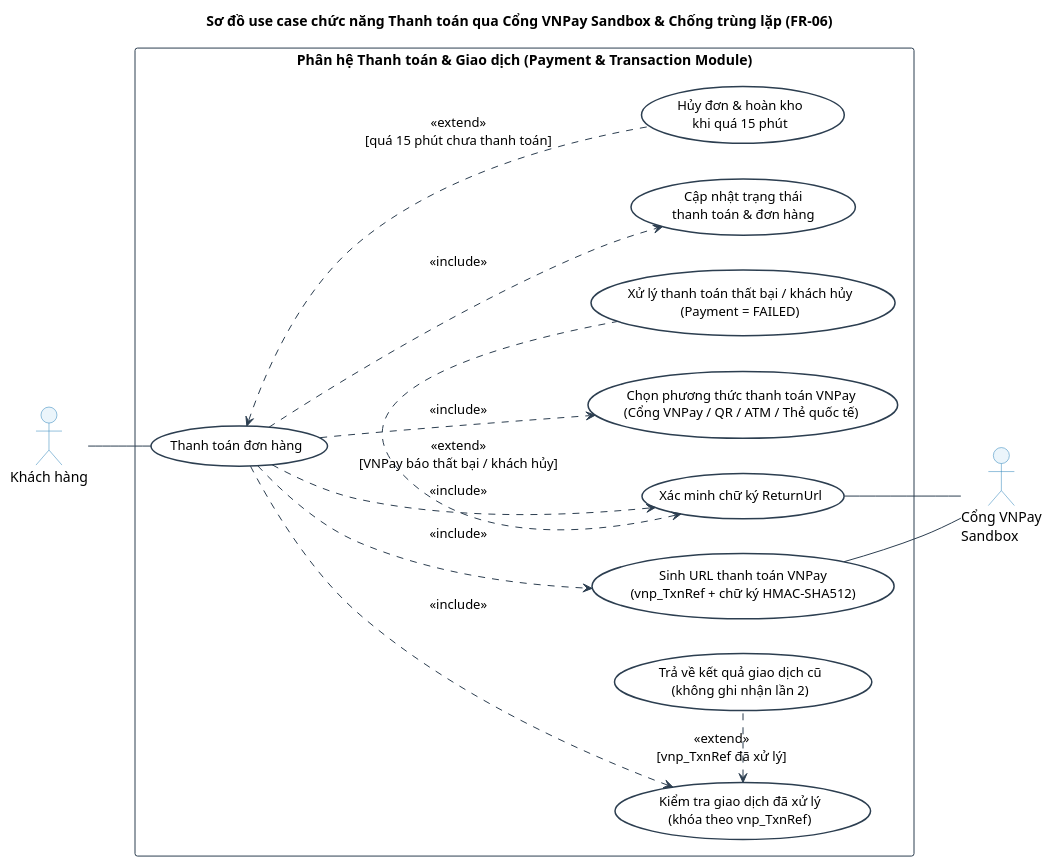
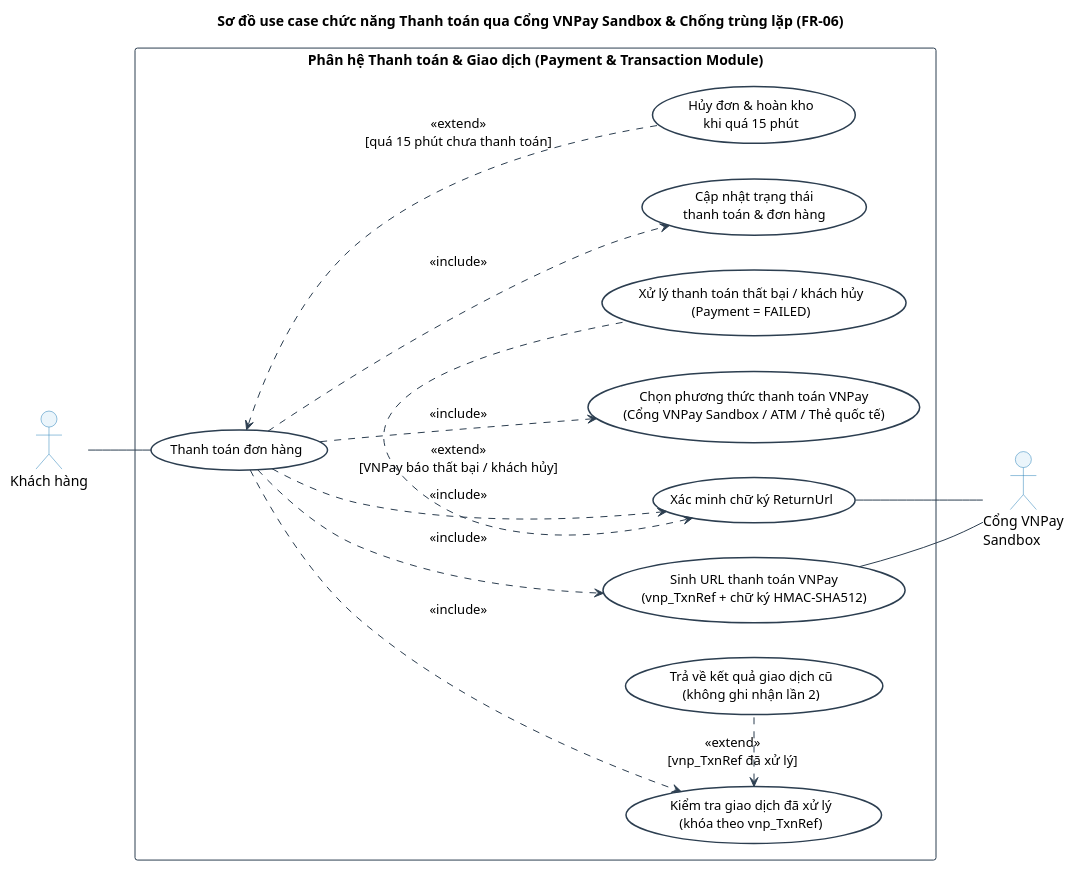
The diagram in docs/diagrams/payment/usecase-payment.puml (Phuc280106/BrewLite2), drawn with PlantUML before and after one commit. The commit also changed 5 other files, not shown here.

Commit message:
docs(diagrams): cap nhat usecase va sequence cho cac phan he theo gop y review

```diff
--- a/docs/diagrams/payment/usecase-payment.puml
+++ b/docs/diagrams/payment/usecase-payment.puml
@@ -1,53 +1,53 @@
 @startuml
 left to right direction
 
 skinparam usecase {
     BackgroundColor #FFFFFF
     BorderColor #2C3E50
     BorderThickness 1.5
     FontSize 13
 }
 skinparam actor {
     BackgroundColor #EBF5FB
     BorderColor #2980B9
 }
 skinparam rectangle {
     BorderColor #2C3E50
 }
 skinparam ArrowColor #2C3E50
 
 title Sơ đồ use case chức năng Thanh toán qua Cổng VNPay Sandbox & Chống trùng lặp (FR-06)
 
 actor "Khách hàng" as Customer
 actor "Cổng VNPay\nSandbox" as Gateway
 
 rectangle "Phân hệ Thanh toán & Giao dịch (Payment & Transaction Module)" {
     usecase "Thanh toán đơn hàng" as UC_Pay
 
-    usecase "Chọn phương thức thanh toán VNPay\n(Cổng VNPay / QR / ATM / Thẻ quốc tế)" as UC_Method
+    usecase "Chọn phương thức thanh toán VNPay\n(Cổng VNPay Sandbox / ATM / Thẻ quốc tế)" as UC_Method
     usecase "Sinh URL thanh toán VNPay\n(vnp_TxnRef + chữ ký HMAC-SHA512)" as UC_CreateUrl
     usecase "Xác minh chữ ký ReturnUrl" as UC_Verify
     usecase "Kiểm tra giao dịch đã xử lý\n(khóa theo vnp_TxnRef)" as UC_CheckKey
     usecase "Cập nhật trạng thái\nthanh toán & đơn hàng" as UC_Update
 
     usecase "Trả về kết quả giao dịch cũ\n(không ghi nhận lần 2)" as UC_Replay
     usecase "Xử lý thanh toán thất bại / khách hủy\n(Payment = FAILED)" as UC_Fail
     usecase "Hủy đơn & hoàn kho\nkhi quá 15 phút" as UC_Timeout
 }
 
 Customer -- UC_Pay
 UC_Fail -[hidden]right- Gateway
 UC_CreateUrl -- Gateway
 UC_Verify -- Gateway
 
 UC_Pay ..> UC_Method : <<include>>
 UC_Pay ..> UC_CreateUrl : <<include>>
 UC_Pay ..> UC_Verify : <<include>>
 UC_Pay ..> UC_CheckKey : <<include>>
 UC_Pay ..> UC_Update : <<include>>
 
 UC_Replay .left.> UC_CheckKey : <<extend>>\n[vnp_TxnRef đã xử lý]
 UC_Fail .left.> UC_Verify : <<extend>>\n[VNPay báo thất bại / khách hủy]
 UC_Timeout .up.> UC_Pay : <<extend>>\n[quá 15 phút chưa thanh toán]
 
 @enduml
```
